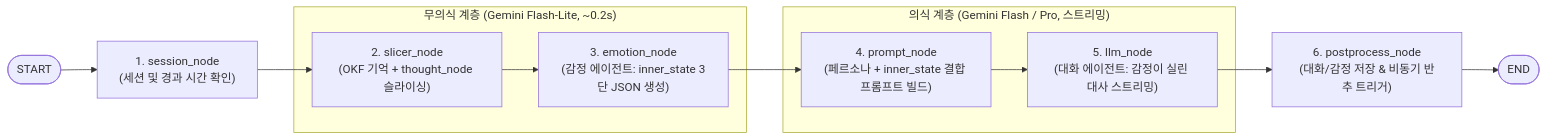
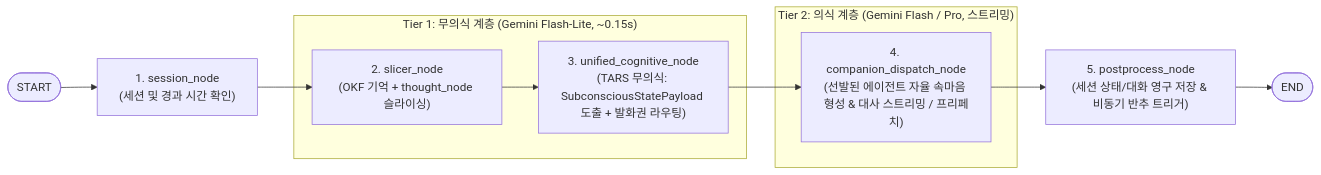
One commit to rujino/TARS changed the third of 3 diagrams in docs/COGNITIVE_COMPANION_PLAN.md. Above: the diagram before and after it, drawn with Mermaid. The commit also changed other lines of this file and 80 other files, not shown here.

````diff
--- a/docs/COGNITIVE_COMPANION_PLAN.md
+++ b/docs/COGNITIVE_COMPANION_PLAN.md
@@ -188,18 +202,16 @@
 ```mermaid
 flowchart LR
     START([START]) --> session_node["1. session_node<br/>(세션 및 경과 시간 확인)"]
     session_node --> slicer_node["2. slicer_node<br/>(OKF 기억 + thought_node 슬라이싱)"]
     
-    subgraph EMOTION_TIER ["무의식 계층 (Gemini Flash-Lite, ~0.2s)"]
-        slicer_node --> emotion_node["3. emotion_node<br/>(감정 에이전트: inner_state 3단 JSON 생성)"]
+    subgraph SUBCONSCIOUS_TIER ["Tier 1: 무의식 계층 (Gemini Flash-Lite, ~0.15s)"]
+        slicer_node --> unified_cognitive_node["3. unified_cognitive_node<br/>(TARS 무의식: SubconsciousStatePayload 도출 + 발화권 라우팅)"]
     end
     
-    emotion_node --> prompt_node["4. prompt_node<br/>(페르소나 + inner_state 결합 프롬프트 빌드)"]
-    
-    subgraph DIALOGUE_TIER ["의식 계층 (Gemini Flash / Pro, 스트리밍)"]
-        prompt_node --> llm_node["5. llm_node<br/>(대화 에이전트: 감정이 실린 대사 스트리밍)"]
+    subgraph DISPATCH_TIER ["Tier 2: 의식 계층 (Gemini Flash / Pro, 스트리밍)"]
+        unified_cognitive_node --> companion_dispatch_node["4. companion_dispatch_node<br/>(선발된 에이전트 자율 속마음 형성 & 대사 스트리밍 / 프리페치)"]
     end
     
-    llm_node --> postprocess_node["6. postprocess_node<br/>(대화/감정 저장 & 비동기 반추 트리거)"]
+    companion_dispatch_node --> postprocess_node["5. postprocess_node<br/>(세션 상태/대화 영구 저장 & 비동기 반추 트리거)"]
     postprocess_node --> END([END])
 ```
````
